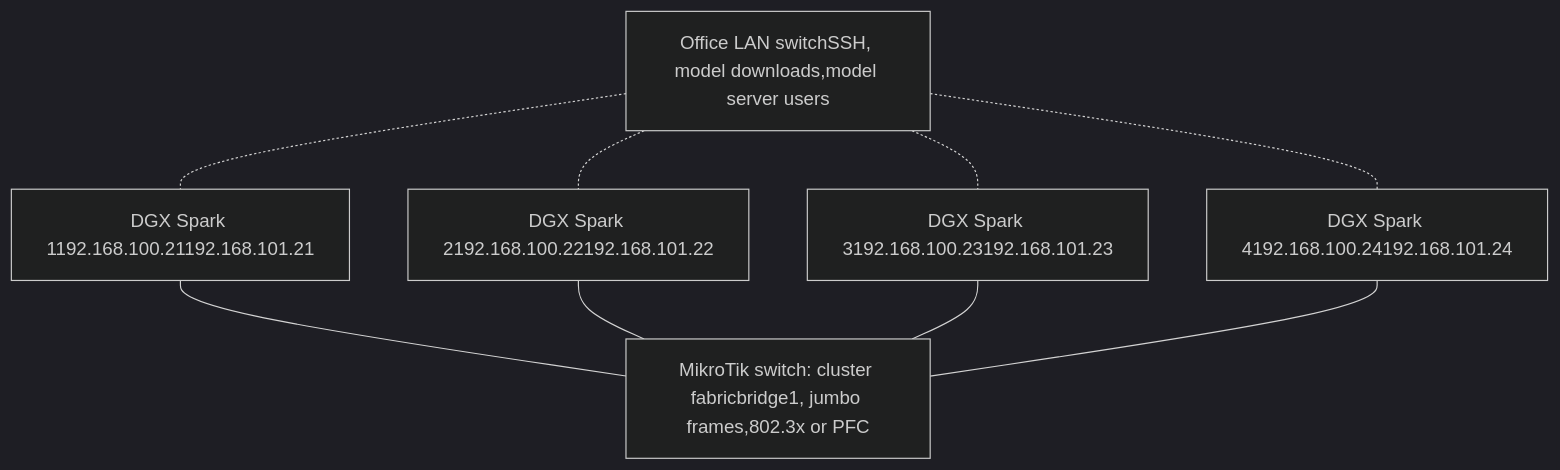
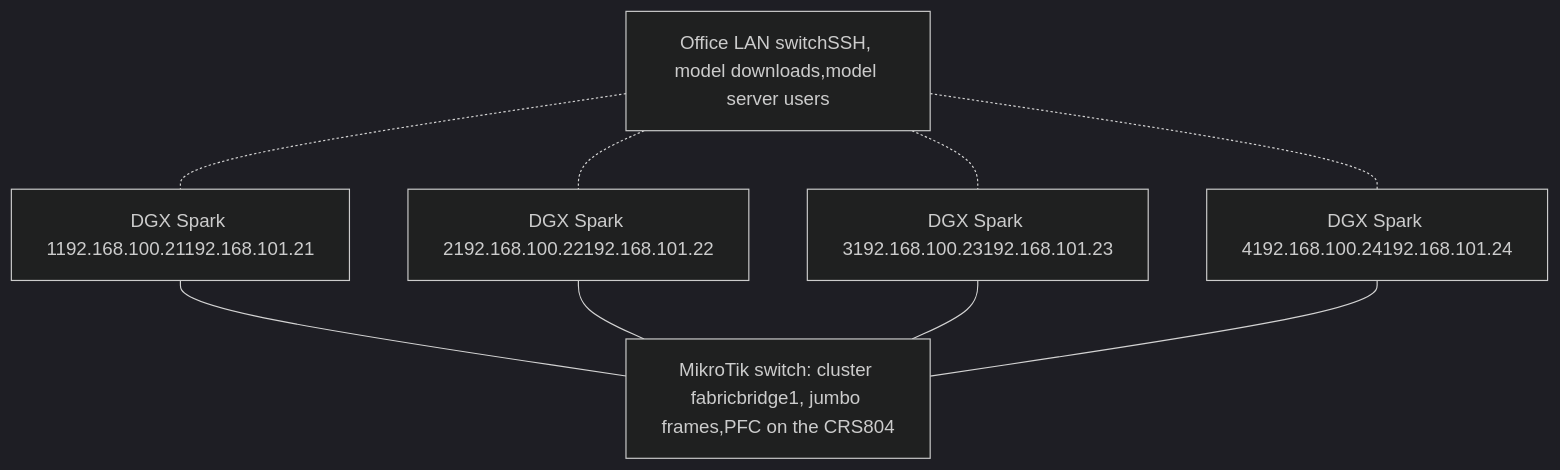
One commit to loverlayk/MikrotikSkill changed the diagram in skills/mikrotik-routeros-official/references/docs/bridging-and-switching/user-guides/nvidia-dgx-spark.md. Above: the diagram before and after it, drawn with Mermaid (dark theme). The commit also changed other lines of this file and 86 other files, not shown here.

Commit message:
chore: sync official MikroTik manual

````diff
--- a/skills/mikrotik-routeros-official/references/docs/bridging-and-switching/user-guides/nvidia-dgx-spark.md
+++ b/skills/mikrotik-routeros-official/references/docs/bridging-and-switching/user-guides/nvidia-dgx-spark.md
@@ -81,11 +91,11 @@
 ```mermaid
 graph TB
     lan["Office LAN switchSSH, model downloads,model server users"]
     s1["DGX Spark 1192.168.100.21192.168.101.21"]
     s2["DGX Spark 2192.168.100.22192.168.101.22"]
     s3["DGX Spark 3192.168.100.23192.168.101.23"]
     s4["DGX Spark 4192.168.100.24192.168.101.24"]
-    sw["MikroTik switch: cluster fabricbridge1, jumbo frames,802.3x or PFC"]
+    sw["MikroTik switch: cluster fabricbridge1, jumbo frames,PFC on the CRS804"]
     lan -.- s1 & s2 & s3 & s4
     s1 & s2 & s3 & s4 --- sw
 ```
````
